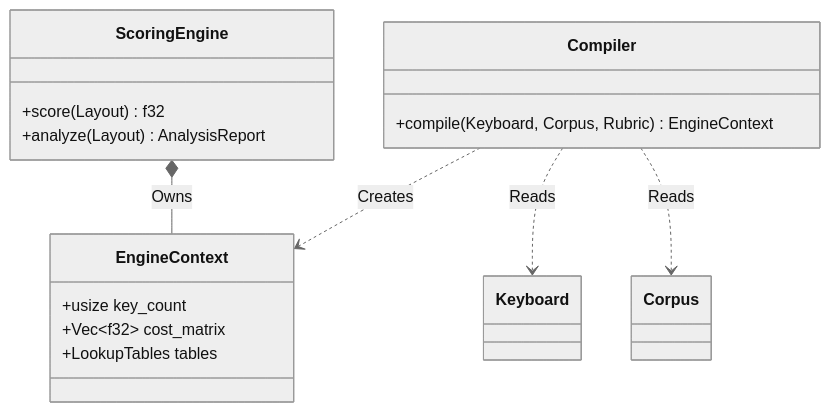
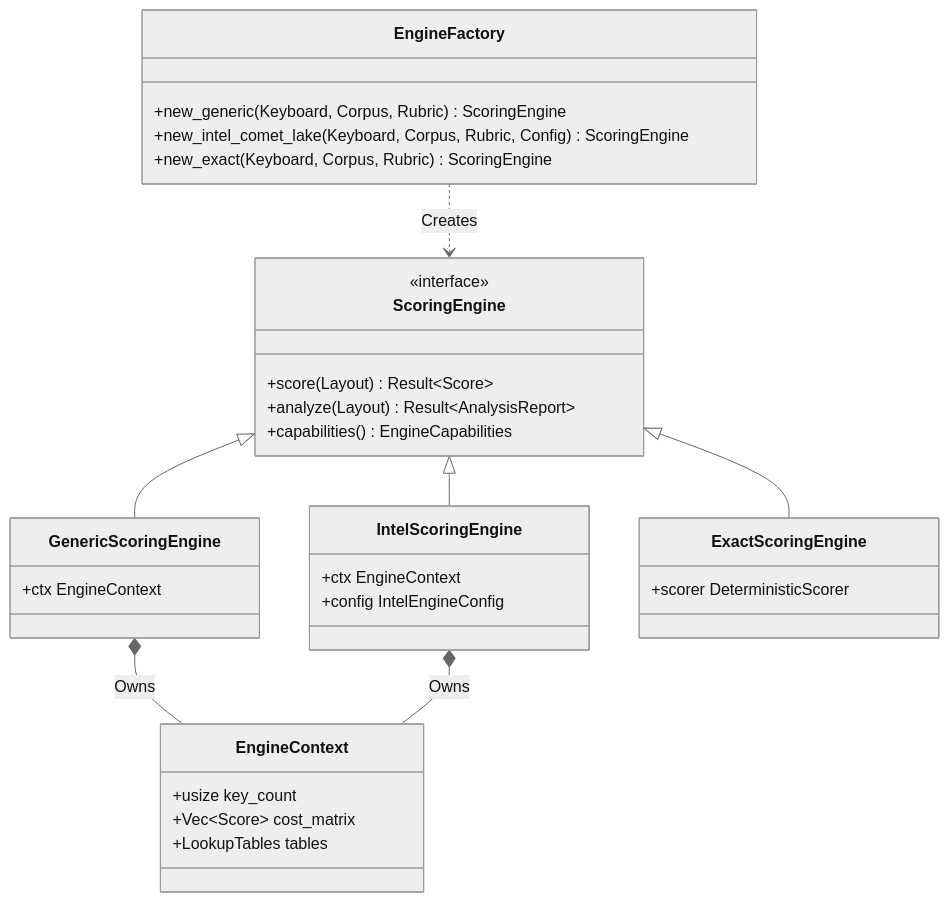
Before and after one commit to infodungeon/keyforge: the second of 3 diagrams in docs/architecture/02_ENTITY_RELATIONSHIPS.md, drawn with Mermaid (neutral theme). The commit also changed other lines of this file and 100 other files, not shown here.

````diff
--- a/docs/architecture/02_ENTITY_RELATIONSHIPS.md
+++ b/docs/architecture/02_ENTITY_RELATIONSHIPS.md
@@ -61,22 +61,42 @@
 ```mermaid
 classDiagram
     class ScoringEngine {
-        +score(Layout) f32
-        +analyze(Layout) AnalysisReport
+        <<interface>>
+        +score(Layout) Result~Score~
+        +analyze(Layout) Result~AnalysisReport~
+        +capabilities() EngineCapabilities
+    }
+
+    class GenericScoringEngine {
+        +ctx EngineContext
+    }
+
+    class IntelScoringEngine {
+        +ctx EngineContext
+        +config IntelEngineConfig
+    }
+
+    class ExactScoringEngine {
+        +scorer DeterministicScorer
+    }
+
+    class EngineFactory {
+        +new_generic(Keyboard, Corpus, Rubric) ScoringEngine
+        +new_intel_comet_lake(Keyboard, Corpus, Rubric, Config) ScoringEngine
+        +new_exact(Keyboard, Corpus, Rubric) ScoringEngine
     }
 
     class EngineContext {
         +usize key_count
-        +Vec~f32~ cost_matrix
+        +Vec~Score~ cost_matrix
         +LookupTables tables
     }
 
-    class Compiler {
-        +compile(Keyboard, Corpus, Rubric) EngineContext
-    }
-
-    ScoringEngine *-- EngineContext : Owns
-    Compiler ..> EngineContext : Creates
-    Compiler ..> Keyboard : Reads
-    Compiler ..> Corpus : Reads
+    ScoringEngine <|-- GenericScoringEngine
+    ScoringEngine <|-- IntelScoringEngine
+    ScoringEngine <|-- ExactScoringEngine
+    
+    GenericScoringEngine *-- EngineContext : Owns
+    IntelScoringEngine *-- EngineContext : Owns
+    EngineFactory ..> ScoringEngine : Creates
 ```
````
